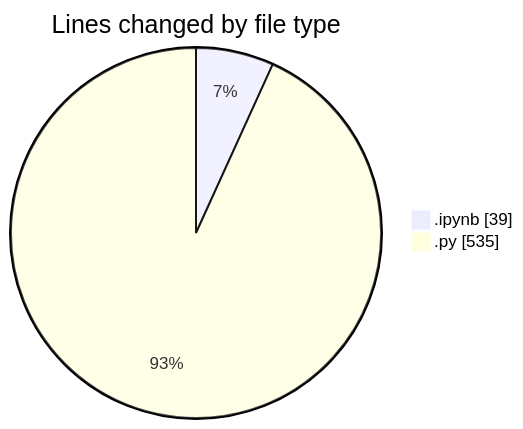
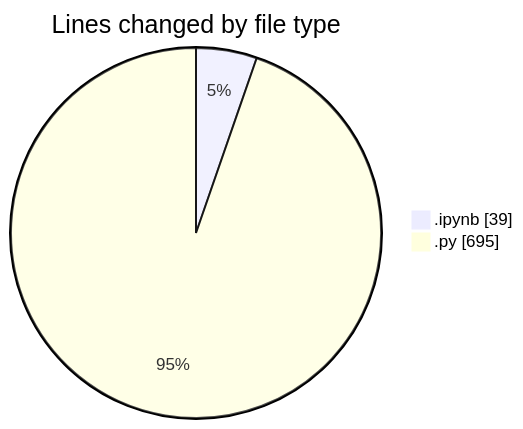
One commit to MatusMokan/code-tracking changed the first of 2 diagrams in 2025-03-15/myws__workspace_/README.md. Above: the diagram before and after it, drawn with Mermaid. The commit also changed other lines of this file and 1 other file, not shown here.

````diff
--- a/2025-03-15/myws__workspace_/README.md
+++ b/2025-03-15/myws__workspace_/README.md
@@ -21,6 +21,6 @@
 ```mermaid
 pie showData
 title Lines changed by file type
 ".ipynb" : 39
-".py" : 535
+".py" : 695
 ```
````
